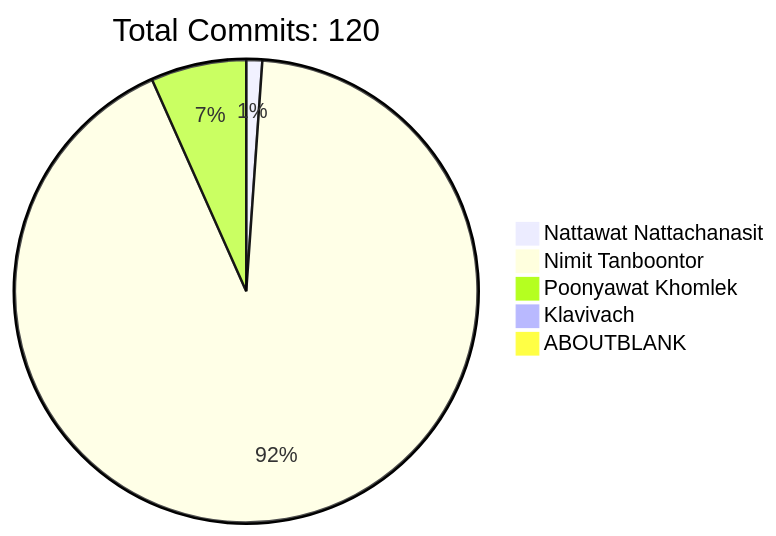
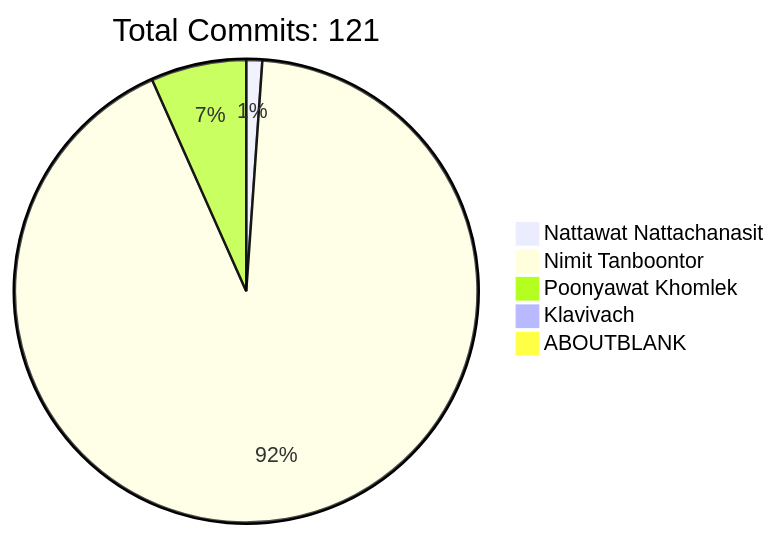
The diagram in README.md (HLLC-MFU/HLLC-2025), drawn with Mermaid before and after one commit. The commit also changed other lines of this file, not shown here.

````diff
--- a/README.md
+++ b/README.md
@@ -170,9 +170,9 @@
 ```mermaid
 pie
-    title Total Commits: 120
+    title Total Commits: 121
     "Nattawat Nattachanasit" : 1
     "Nimit Tanboontor" : 83
     "Poonyawat Khomlek" : 6
     "Klavivach" : 0
     "ABOUTBLANK" : 0
 ```
````
